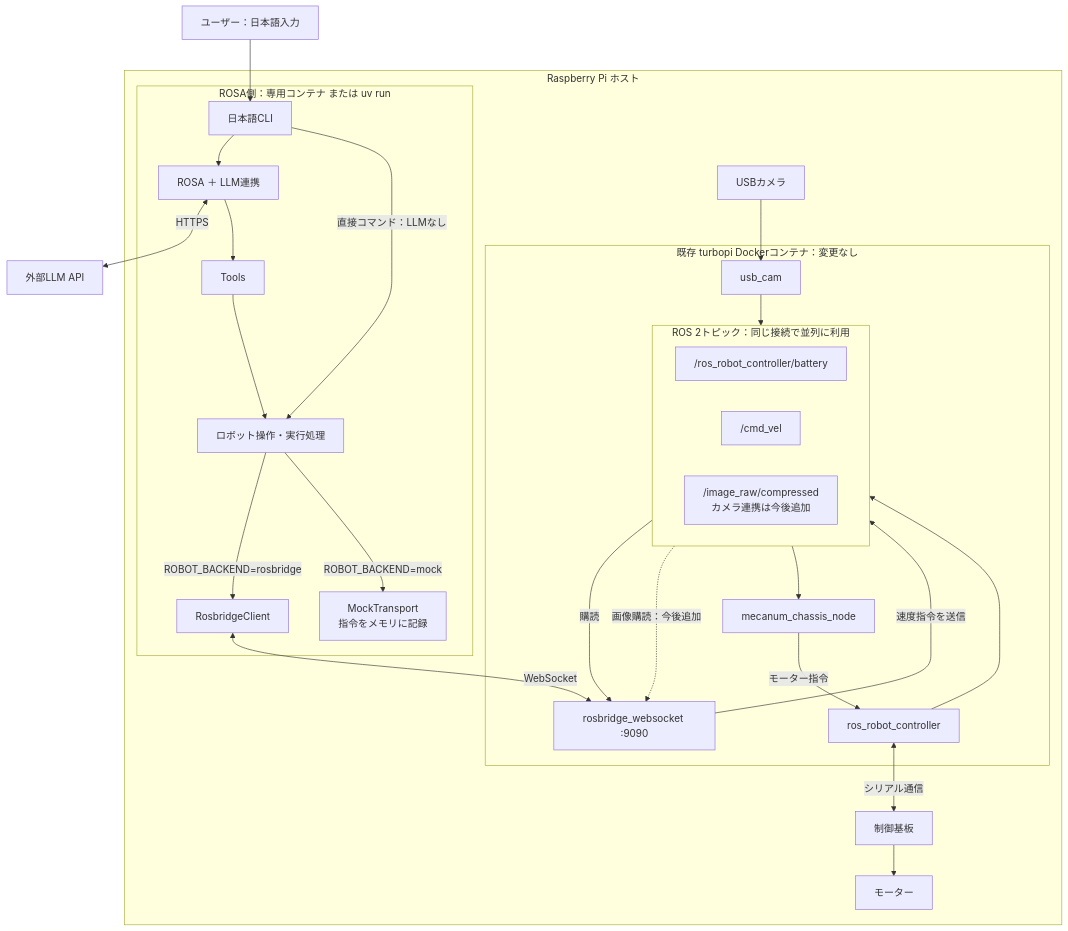
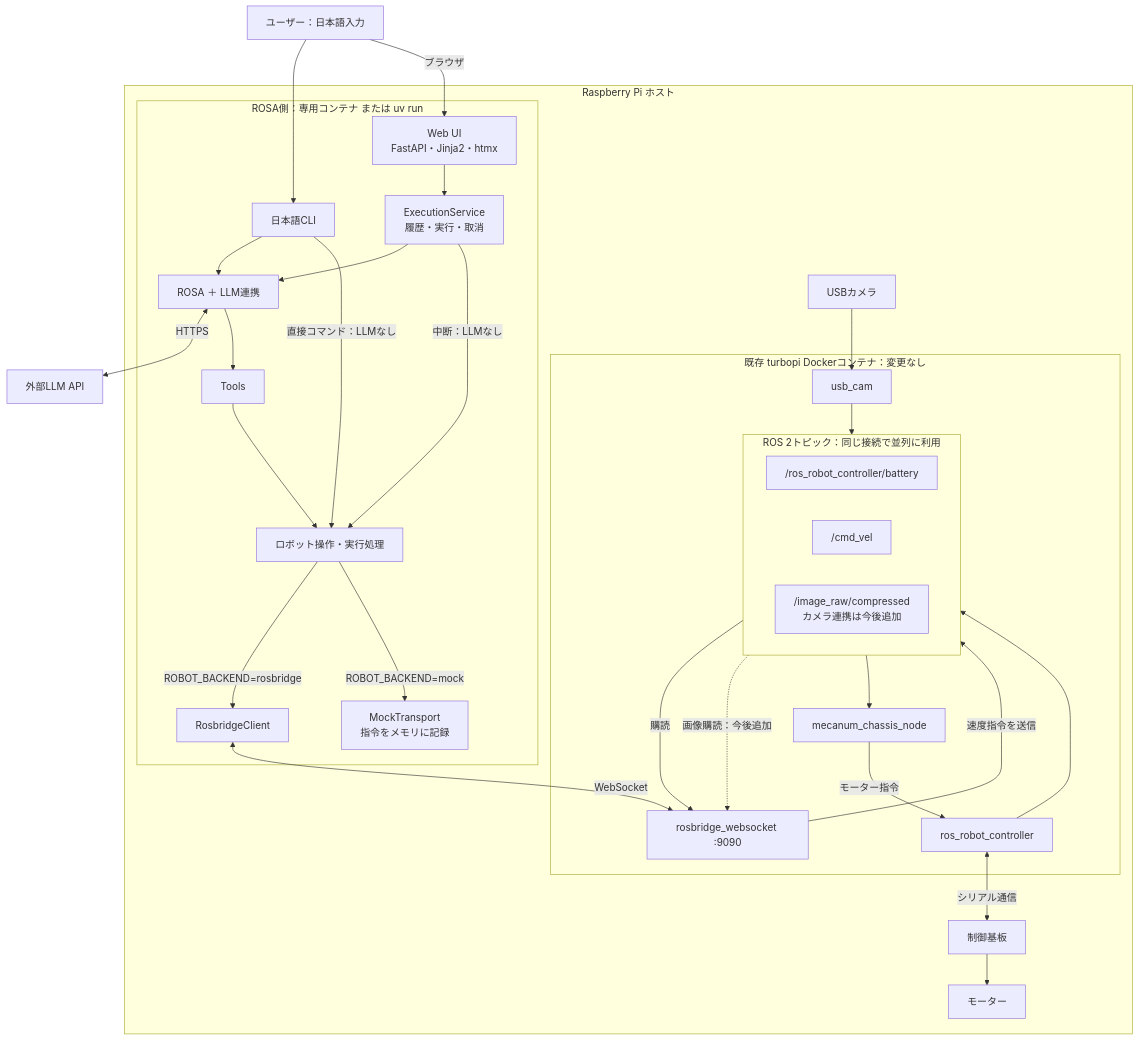
One commit to kyoto-kaira/rosa-turbopi changed the first of 3 diagrams in docs/architecture.md. Above: the diagram before and after it, drawn with Mermaid. The commit also changed other lines of this file, not shown here.

Commit message:
Document web UI architecture and execution lifecycle

````diff
--- a/docs/architecture.md
+++ b/docs/architecture.md
@@ -24,54 +26,60 @@
 ```mermaid
 flowchart TB
     User["ユーザー：日本語入力"]
 
     subgraph Host["Raspberry Pi ホスト"]
         subgraph ROSA["ROSA側：専用コンテナ または uv run"]
             CLI["日本語CLI"]
+            Web["Web UI<br/>FastAPI・Jinja2・htmx"]
+            Execution["ExecutionService<br/>履歴・実行・取消"]
             Agent["ROSA ＋ LLM連携"]
             Tools["Tools"]
             Robot["ロボット操作・実行処理"]
             Bridge["RosbridgeClient"]
             Mock["MockTransport<br/>指令をメモリに記録"]
         end
 
         subgraph Existing["既存 turbopi Dockerコンテナ：変更なし"]
             Rosbridge["rosbridge_websocket :9090"]
             subgraph Topics["ROS 2トピック：同じ接続で並列に利用"]
                 direction LR
                 Battery["/ros_robot_controller/battery"]
                 CmdVel["/cmd_vel"]
                 Camera["/image_raw/compressed<br/>カメラ連携は今後追加"]
             end
             Chassis["mecanum_chassis_node"]
             Controller["ros_robot_controller"]
             CameraNode["usb_cam"]
         end
 
         Board["制御基板"]
         Motors["モーター"]
         USB["USBカメラ"]
     end
 
     LLM["外部LLM API"]
     User --> CLI
+    User -->|ブラウザ| Web
+    Web --> Execution
+    Execution --> Agent
+    Execution -->|中断：LLMなし| Robot
     CLI --> Agent
     Agent <-->|HTTPS| LLM
     Agent --> Tools
     Tools --> Robot
     CLI -->|直接コマンド：LLMなし| Robot
     Robot -->|ROBOT_BACKEND=rosbridge| Bridge
     Robot -->|ROBOT_BACKEND=mock| Mock
 
     Bridge <-->|WebSocket| Rosbridge
     Battery -->|購読| Rosbridge
     Rosbridge -->|速度指令を送信| CmdVel
     Camera -.->|画像購読：今後追加| Rosbridge
     CmdVel --> Chassis
     Chassis -->|モーター指令| Controller
     Controller --> Battery
     Controller <-->|シリアル通信| Board
     Board --> Motors
     USB --> CameraNode
     CameraNode --> Camera
 ```
````
